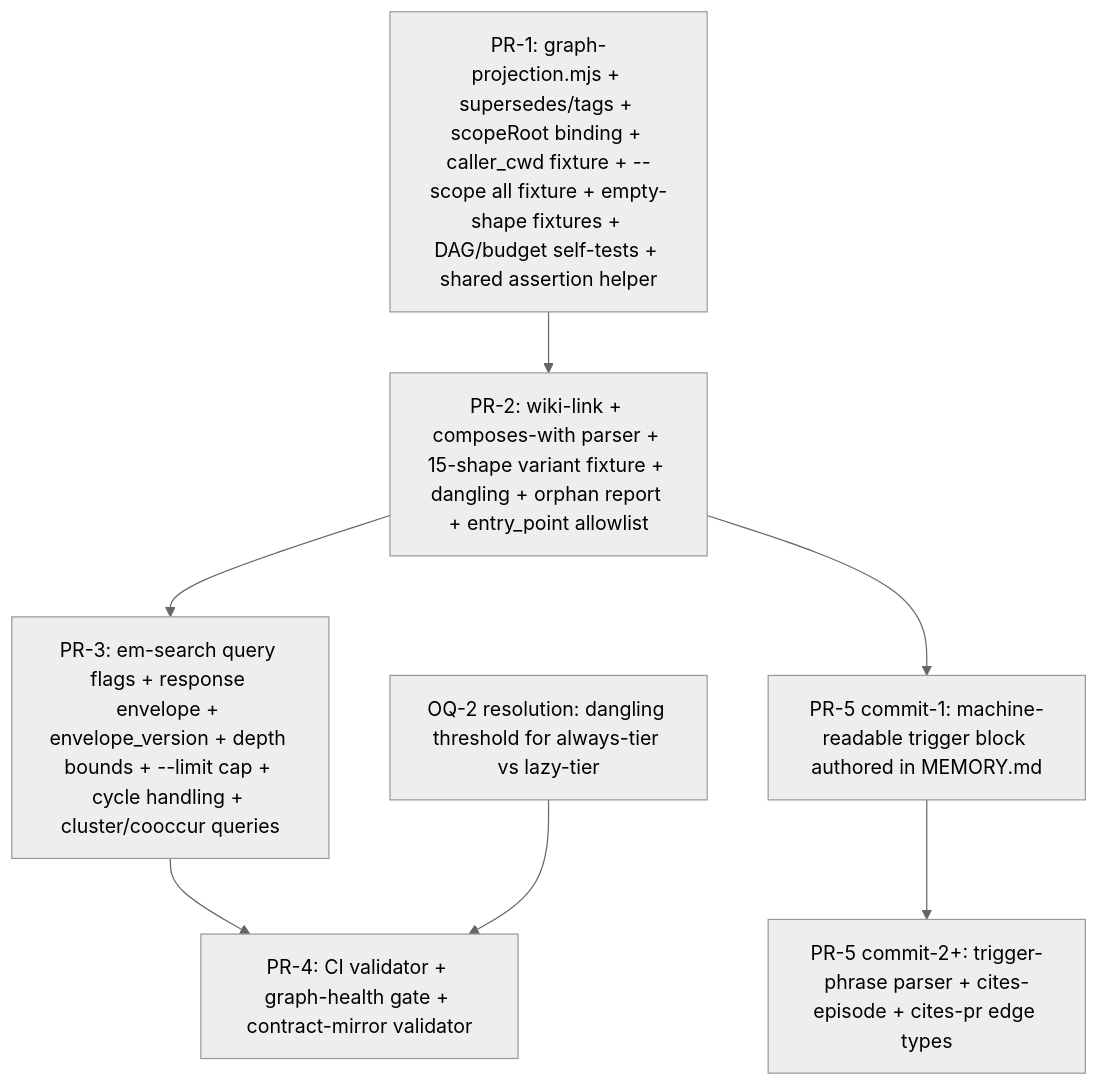
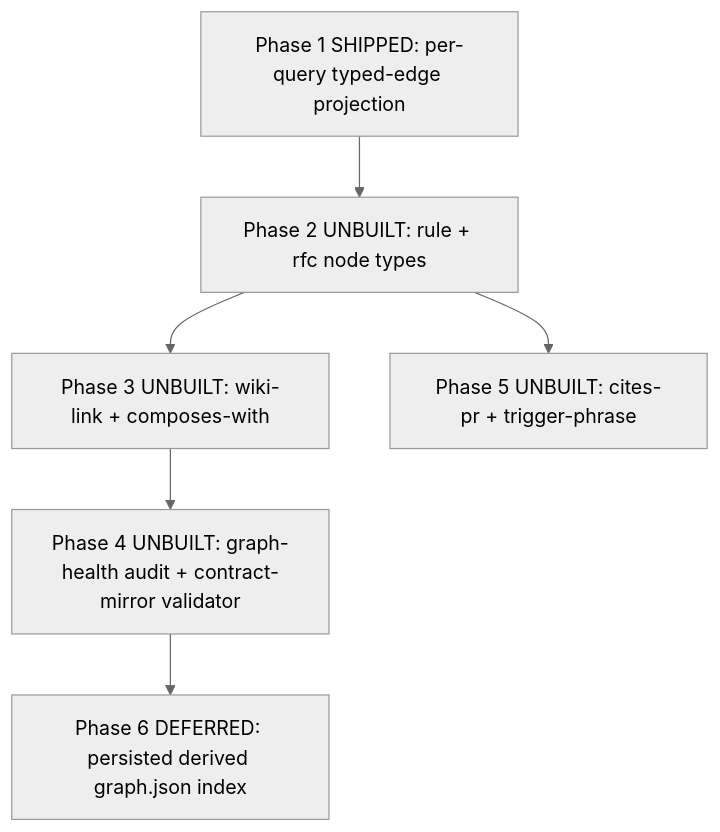
Before and after one commit to lantisprime/episodic-memory: the diagram in docs/rfcs/RFC-007-graph-projection.md, drawn with Mermaid (neutral theme). The commit also changed other lines of this file and 2 other files, not shown here.

````diff
--- a/docs/rfcs/RFC-007-graph-projection.md
+++ b/docs/rfcs/RFC-007-graph-projection.md
@@ -266,17 +367,15 @@
 ```mermaid
 graph TD
-    PR1[PR-1: graph-projection.mjs + supersedes/tags + scopeRoot binding + caller_cwd fixture + --scope all fixture + empty-shape fixtures + DAG/budget self-tests + shared assertion helper]
-    PR2[PR-2: wiki-link + composes-with parser + 15-shape variant fixture + dangling + orphan report + entry_point allowlist]
-    PR3[PR-3: em-search query flags + response envelope + envelope_version + depth bounds + --limit cap + cycle handling + cluster/cooccur queries]
-    OQ2[OQ-2 resolution: dangling threshold for always-tier vs lazy-tier]
-    PR4[PR-4: CI validator + graph-health gate + contract-mirror validator]
-    MEMBLOCK[PR-5 commit-1: machine-readable trigger block authored in MEMORY.md]
-    PR5[PR-5 commit-2+: trigger-phrase parser + cites-episode + cites-pr edge types]
+    P1[Phase 1 SHIPPED: per-query typed-edge projection]
+    P2[Phase 2 UNBUILT: rule + rfc node types]
+    P3[Phase 3 UNBUILT: wiki-link + composes-with]
+    P4[Phase 4 UNBUILT: graph-health audit + contract-mirror validator]
+    P5[Phase 5 UNBUILT: cites-pr + trigger-phrase]
+    P6[Phase 6 DEFERRED: persisted derived graph.json index]
 
-    PR1 --> PR2
-    PR2 --> PR3
-    PR3 --> PR4
-    OQ2 --> PR4
-    PR2 --> MEMBLOCK
-    MEMBLOCK --> PR5
+    P1 --> P2
+    P2 --> P3
+    P3 --> P4
+    P2 --> P5
+    P4 --> P6
 ```
````
